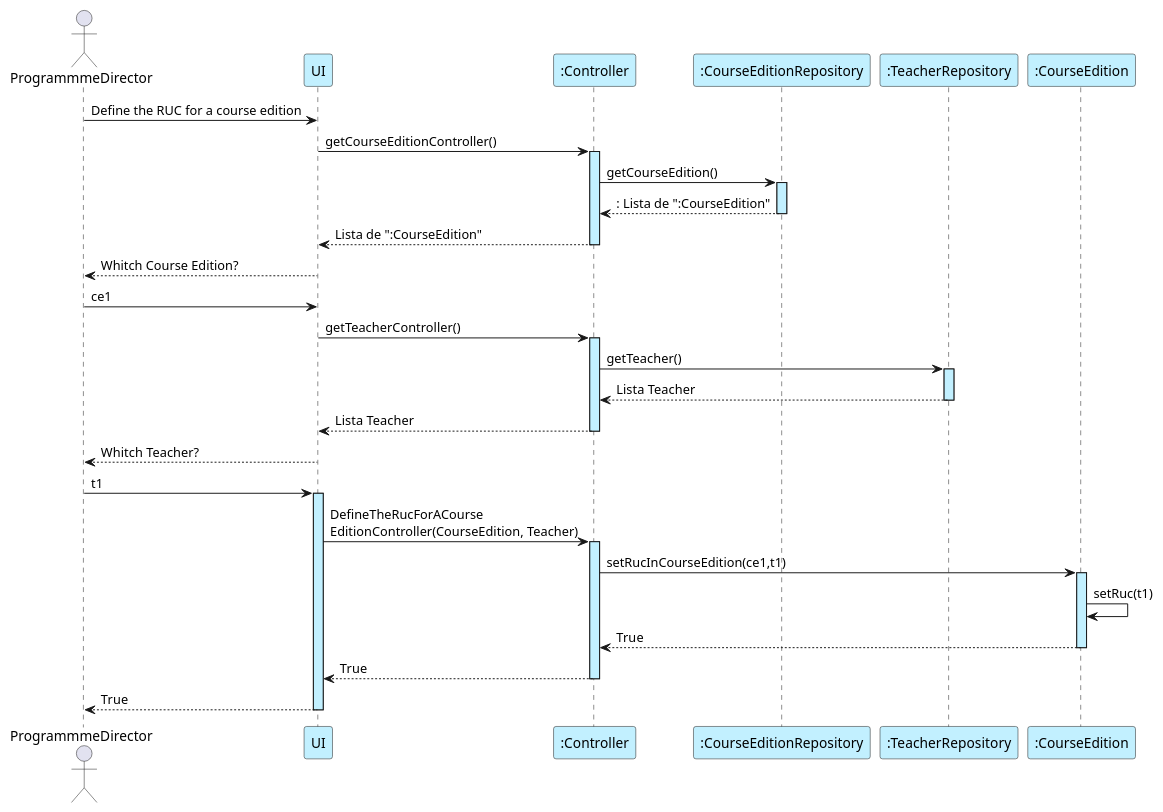
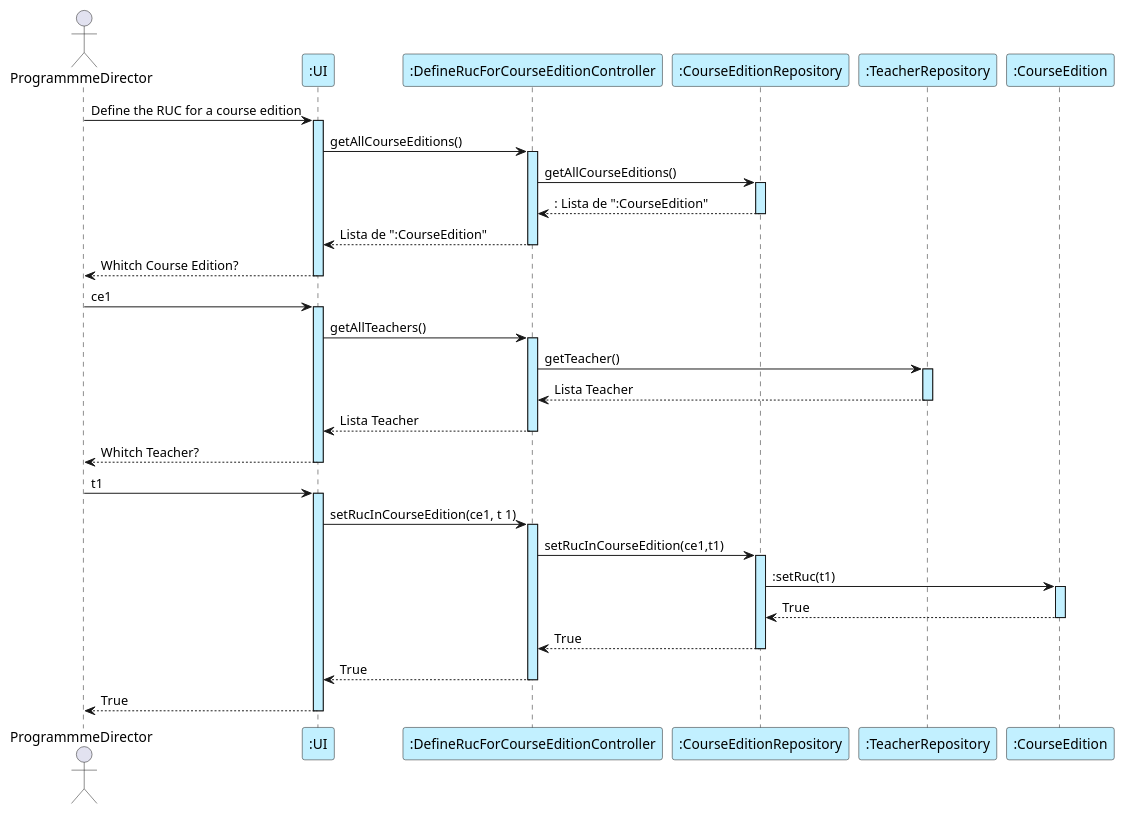
One commit to GasparISEP/DevOps-PAI changed the diagram in docs/sequenceSystemDiagrams/US20/US20_DefineRUCForACourseEdition.puml. Above: the diagram before and after it, drawn with PlantUML.

Commit message:
US20 SSD DIAGRAM UPDATE

```diff
--- a/docs/sequenceSystemDiagrams/US20/US20_DefineRUCForACourseEdition.puml
+++ b/docs/sequenceSystemDiagrams/US20/US20_DefineRUCForACourseEdition.puml
@@ -1,45 +1,52 @@
 @startuml
 actor ProgrammmeDirector as PD
-participant UI #application
-participant ":Controller" as S #application
+participant ":UI" as UI #application
+participant ":DefineRucForCourseEditionController" as S #application
 participant ":CourseEditionRepository" as CER #application
 participant ":TeacherRepository" as TR #application
 participant  ":CourseEdition" as CE #application
 
 
 PD -> UI :Define the RUC for a course edition
-UI -> S  :getCourseEditionController()
+activate UI #application
+UI -> S  :getAllCourseEditions()
 activate S #application
-S -> CER :getCourseEdition()
+S -> CER :getAllCourseEditions()
 activate CER #application
 S <-- CER :: Lista de ":CourseEdition"
 deactivate CER
 UI <-- S : Lista de ":CourseEdition"
 deactivate S
 PD <-- UI :Whitch Course Edition?
+deactivate
 PD -> UI: ce1
-UI-> S :getTeacherController()
+activate UI #application
+UI-> S :getAllTeachers()
 activate S #application
 S -> TR :getTeacher()
 activate TR #application
 TR --> S :Lista Teacher
 deactivate TR
 S --> UI :Lista Teacher
 deactivate S
 PD <-- UI : Whitch Teacher?
+deactivate UI
 PD -> UI: t1
 activate UI #application
-UI -> S : DefineTheRucForACourse\nEditionController(CourseEdition, Teacher)
+UI -> S : setRucInCourseEdition(ce1, t 1)
 activate S #application
-S -> CE : setRucInCourseEdition(ce1,t1)
+S -> CER : setRucInCourseEdition(ce1,t1)
+activate CER #application
+CER -> CE : :setRuc(t1)
 activate CE #application
-CE -> CE :setRuc(t1)
-CE --> S :True
-deactivate CE
+CER <-- CE : True
+deactivate
+S <-- CER :True
+deactivate
 S --> UI :True
 deactivate S
 UI --> PD : True
 deactivate UI
 
 
 @enduml
```
